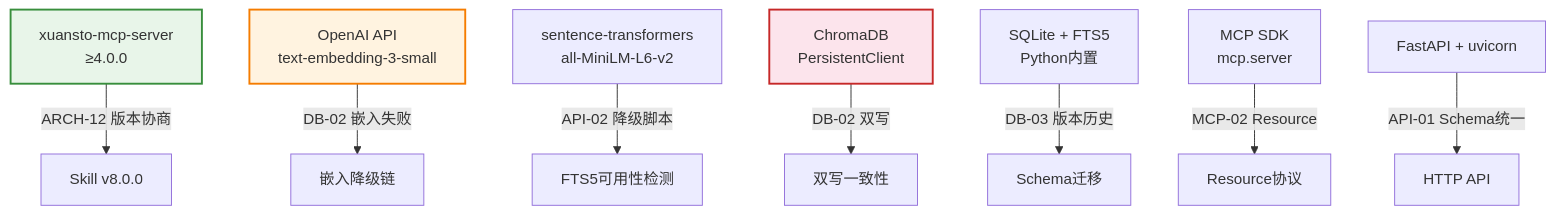
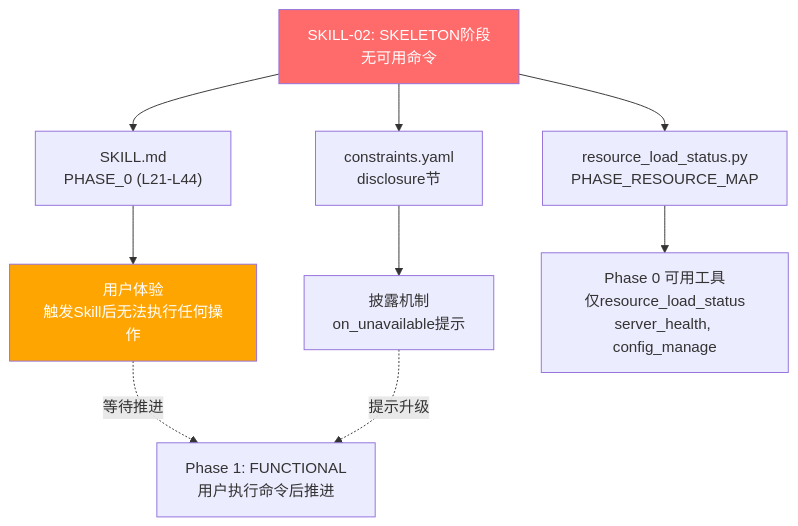
One commit to xuanyuanchumo/xuansto changed the fourth of 14 diagrams in docs/plan/REFACTOR_PLAN.md. Above: the diagram before and after it, drawn with Mermaid. The commit also changed other lines of this file and 139 other files, not shown here.

````diff
--- a/docs/plan/REFACTOR_PLAN.md
+++ b/docs/plan/REFACTOR_PLAN.md
@@ -216,22 +220,18 @@
 ```mermaid
-flowchart TD
-    XUANSTO["xuansto-mcp-server<br/>≥4.0.0"]
-    OPENAI["OpenAI API<br/>text-embedding-3-small"]
-    ST["sentence-transformers<br/>all-MiniLM-L6-v2"]
-    CHROMA_EXT["ChromaDB<br/>PersistentClient"]
-    SQLITE_EXT["SQLite + FTS5<br/>Python内置"]
-    MCP_SDK["MCP SDK<br/>mcp.server"]
-    FASTAPI["FastAPI + uvicorn"]
+graph TD
+    SKILL02["SKILL-02: SKELETON阶段<br/>无可用命令"]
 
-    XUANSTO -->|"ARCH-12 版本协商"| SKILL_VER["Skill v8.0.0"]
-    OPENAI -->|"DB-02 嵌入失败"| EMB_LEVEL["嵌入降级链"]
-    ST -->|"API-02 降级脚本"| FTS5_CHECK["FTS5可用性检测"]
-    CHROMA_EXT -->|"DB-02 双写"| DUAL_WRITE["双写一致性"]
-    SQLITE_EXT -->|"DB-03 版本历史"| SCHEMA_MIG["Schema迁移"]
-    MCP_SDK -->|"MCP-02 Resource"| RESOURCE["Resource协议"]
-    FASTAPI -->|"API-01 Schema统一"| HTTP_API["HTTP API"]
+    SKILL02 --> SKILL_MD["SKILL.md<br/>PHASE_0 (L21-L44)"]
+    SKILL02 --> CONSTRAINTS["constraints.yaml<br/>disclosure节"]
+    SKILL02 --> RLS["resource_load_status.py<br/>PHASE_RESOURCE_MAP"]
 
-    style XUANSTO fill:#e8f5e9,stroke:#388e3c,stroke-width:2px
-    style OPENAI fill:#fff3e0,stroke:#f57c00,stroke-width:2px
-    style CHROMA_EXT fill:#fce4ec,stroke:#c62828,stroke-width:2px
+    SKILL_MD --> USER["用户体验<br/>触发Skill后无法执行任何操作"]
+    CONSTRAINTS --> DISCLOSURE["披露机制<br/>on_unavailable提示"]
+    RLS --> PHASE0["Phase 0 可用工具<br/>仅resource_load_status<br/>server_health, config_manage"]
+
+    USER -.->|"等待推进"| PHASE1["Phase 1: FUNCTIONAL<br/>用户执行命令后推进"]
+    DISCLOSURE -.->|"提示升级"| PHASE1
+
+    style SKILL02 fill:#ff6b6b,color:#fff
+    style USER fill:#ffa502,color:#fff
 ```
````
